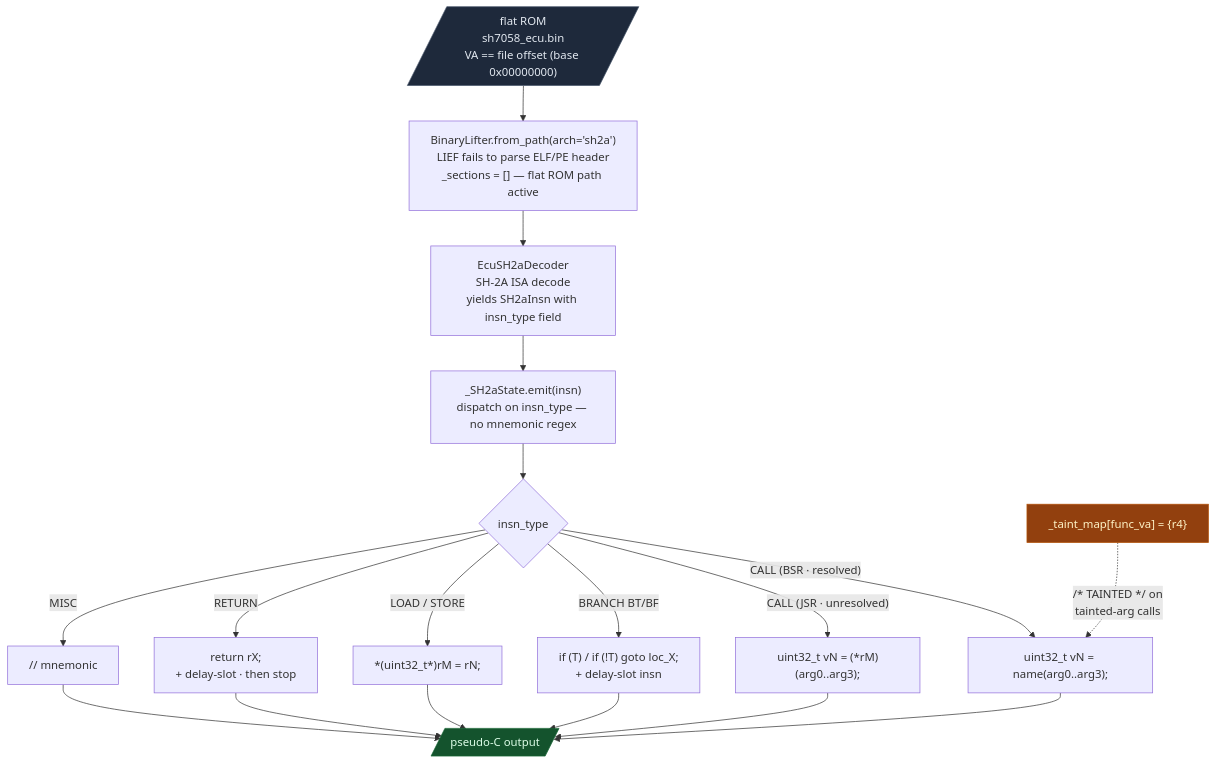
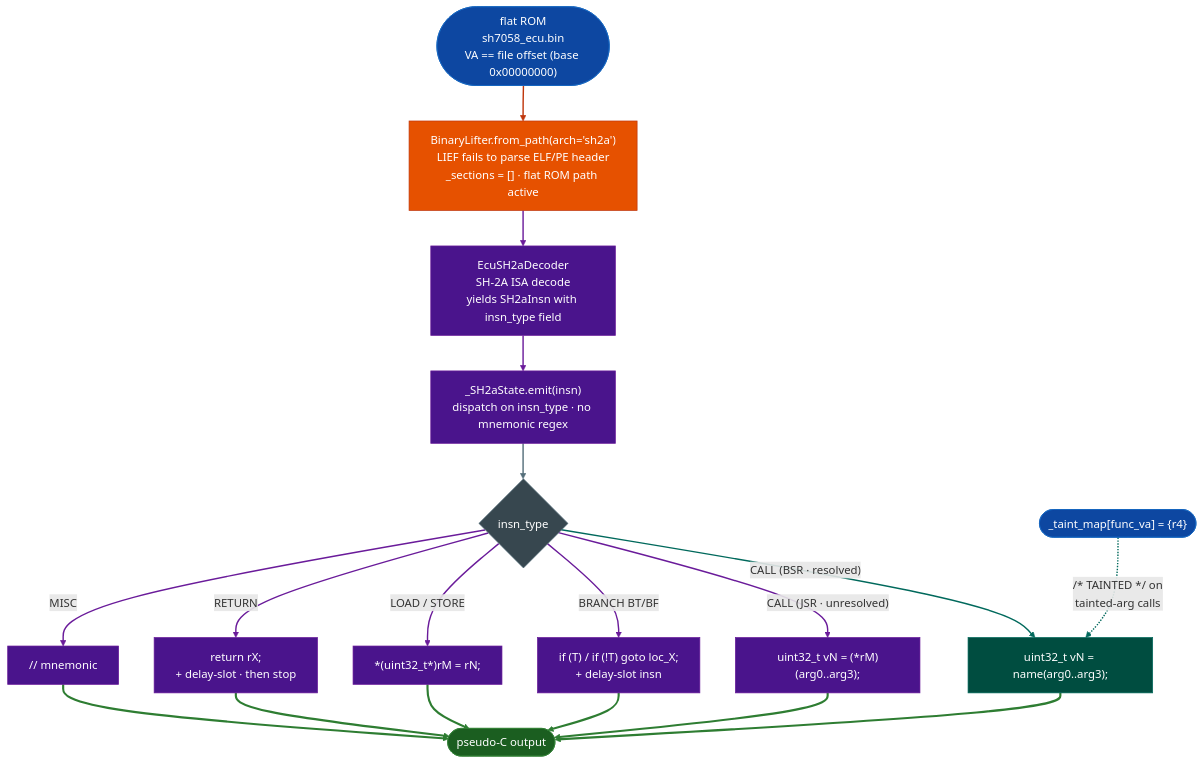
Before and after one commit to Ablation-Tool/ablation: the diagram in docs/reference-modules/binary-lifter-sh2a.md, drawn with Mermaid. The commit also changed 320 other files, not shown here.

First line of the commit message:
docs: apply canonical Mermaid template to all 321 diagrams

````diff
--- a/docs/reference-modules/binary-lifter-sh2a.md
+++ b/docs/reference-modules/binary-lifter-sh2a.md
@@ -97,24 +97,43 @@
 ```mermaid
 flowchart TD
-    A[/"flat ROM\nsh7058_ecu.bin\nVA == file offset (base 0x00000000)"/] --> B["BinaryLifter.from_path(arch='sh2a')\nLIEF fails to parse ELF/PE header\n_sections = [] — flat ROM path active"]
-    B --> C["EcuSH2aDecoder\nSH-2A ISA decode\nyields SH2aInsn with insn_type field"]
-    C --> D["_SH2aState.emit(insn)\ndispatch on insn_type — no mnemonic regex"]
-    D --> E{"insn_type"}
-    E -->|"CALL (BSR · resolved)"| F["uint32_t vN = name(arg0..arg3);"]
-    E -->|"CALL (JSR · unresolved)"| G["uint32_t vN = (*rM)(arg0..arg3);"]
-    E -->|"BRANCH BT/BF"| H["if (T) / if (!T) goto loc_X;\n+ delay-slot insn"]
-    E -->|"LOAD / STORE"| I["*(uint32_t*)rM = rN;"]
-    E -->|"RETURN"| J["return rX;\n+ delay-slot · then stop"]
-    E -->|"MISC"| K["// mnemonic"]
-    F --> L[/"pseudo-C output"/]
-    G --> L
-    H --> L
-    I --> L
-    J --> L
-    K --> L
-    M["_taint_map[func_va] = {r4}"] -.->|"/* TAINTED */ on\ntainted-arg calls"| F
-
-    style A fill:#1e293b,stroke:#475569,color:#e2e8f0
-    style M fill:#92400e,stroke:#b45309,color:#fef3c7
-    style L fill:#14532d,stroke:#166534,color:#dcfce7
+    A(["flat ROM\nsh7058_ecu.bin\nVA == file offset (base 0x00000000)"]):::input --> B["BinaryLifter.from_path(arch='sh2a')\nLIEF fails to parse ELF/PE header\n_sections = [] · flat ROM path active"]:::primary
+    B:::primary --> C["EcuSH2aDecoder\nSH-2A ISA decode\nyields SH2aInsn with insn_type field"]:::tertiary
+    C:::tertiary --> D["_SH2aState.emit(insn)\ndispatch on insn_type · no mnemonic regex"]:::tertiary
+    D:::tertiary --> E{"insn_type"}:::neutral
+    E:::neutral -->|"CALL (BSR · resolved)"| F["uint32_t vN = name(arg0..arg3);"]:::secondary
+    E:::neutral -->|"CALL (JSR · unresolved)"| G["uint32_t vN = (*rM)(arg0..arg3);"]:::tertiary
+    E:::neutral -->|"BRANCH BT/BF"| H["if (T) / if (!T) goto loc_X;\n+ delay-slot insn"]:::tertiary
+    E:::neutral -->|"LOAD / STORE"| I["*(uint32_t*)rM = rN;"]:::tertiary
+    E:::neutral -->|"RETURN"| J["return rX;\n+ delay-slot · then stop"]:::tertiary
+    E:::neutral -->|"MISC"| K["// mnemonic"]:::tertiary
+    F:::secondary --> L(["pseudo-C output"]):::output
+    G:::tertiary --> L:::output
+    H:::tertiary --> L:::output
+    I:::tertiary --> L:::output
+    J:::tertiary --> L:::output
+    K:::tertiary --> L:::output
+    M(["_taint_map[func_va] = {r4}"]):::input -.->|"/* TAINTED */ on\ntainted-arg calls"| F:::secondary
+    classDef input     fill:#0d47a1,stroke:#1565c0,color:#fff
+    classDef primary   fill:#e65100,stroke:#bf360c,color:#fff
+    classDef secondary fill:#004d40,stroke:#00695c,color:#fff
+    classDef tertiary  fill:#4a148c,stroke:#6a1b9a,color:#fff
+    classDef neutral   fill:#37474f,stroke:#546e7a,color:#fff
+    classDef output    fill:#1b5e20,stroke:#2e7d32,color:#fff
+    linkStyle 0 stroke:#bf360c,stroke-width:2px
+    linkStyle 1 stroke:#6a1b9a,stroke-width:2px
+    linkStyle 2 stroke:#6a1b9a,stroke-width:2px
+    linkStyle 3 stroke:#546e7a,stroke-width:2px
+    linkStyle 4 stroke:#00695c,stroke-width:2px
+    linkStyle 5 stroke:#6a1b9a,stroke-width:2px
+    linkStyle 6 stroke:#6a1b9a,stroke-width:2px
+    linkStyle 7 stroke:#6a1b9a,stroke-width:2px
+    linkStyle 8 stroke:#6a1b9a,stroke-width:2px
+    linkStyle 9 stroke:#6a1b9a,stroke-width:2px
+    linkStyle 10 stroke:#2e7d32,stroke-width:3px
+    linkStyle 11 stroke:#2e7d32,stroke-width:3px
+    linkStyle 12 stroke:#2e7d32,stroke-width:3px
+    linkStyle 13 stroke:#2e7d32,stroke-width:3px
+    linkStyle 14 stroke:#2e7d32,stroke-width:3px
+    linkStyle 15 stroke:#2e7d32,stroke-width:3px
+    linkStyle 16 stroke:#00695c,stroke-width:2px
 ```
````
